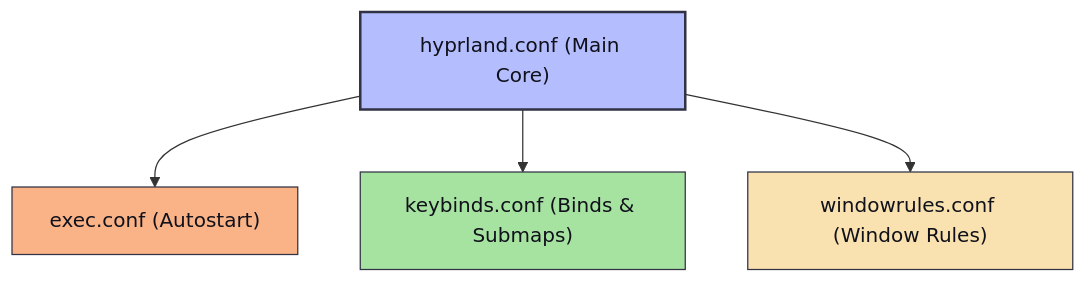
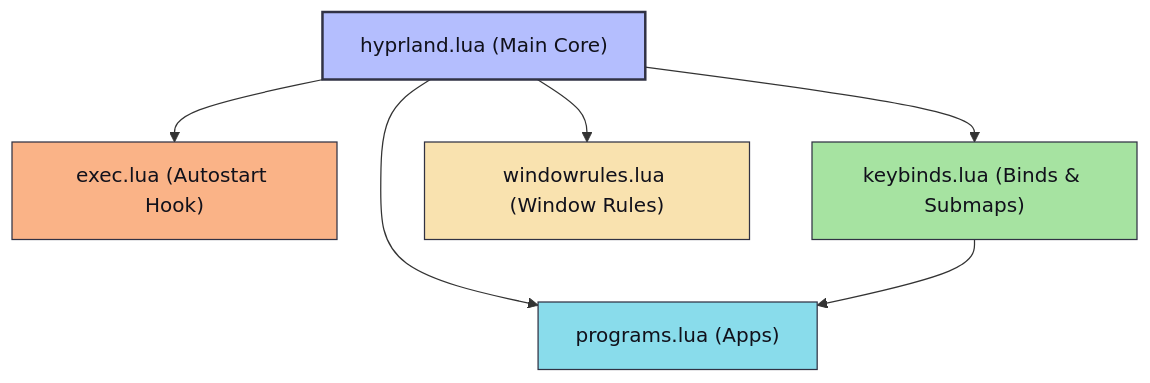
Before and after one commit to vinayak-jaybhaye/hypr-dots: the diagram in docs/architecture.md, drawn with Mermaid. The commit also changed other lines of this file and 25 other files, not shown here.

Commit message:
feat: migrate Hyprland to native Lua API and update Waybar workspace protocol

````diff
--- a/docs/architecture.md
+++ b/docs/architecture.md
@@ -14,11 +14,14 @@
 ```mermaid
 graph TD
-    A["hyprland.conf (Main Core)"] --> B["exec.conf (Autostart)"]
-    A --> C["keybinds.conf (Binds & Submaps)"]
-    A --> D["windowrules.conf (Window Rules)"]
+    A["hyprland.lua (Main Core)"] --> P["programs.lua (Apps)"]
+    A --> B["exec.lua (Autostart Hook)"]
+    A --> C["keybinds.lua (Binds & Submaps)"]
+    A --> D["windowrules.lua (Window Rules)"]
+    C --> P
     
     style A fill:#b4befe,stroke:#313244,stroke-width:2px,color:#11111b
+    style P fill:#89dceb,stroke:#313244,stroke-width:1px,color:#11111b
     style B fill:#fab387,stroke:#313244,stroke-width:1px,color:#11111b
     style C fill:#a6e3a1,stroke:#313244,stroke-width:1px,color:#11111b
     style D fill:#f9e2af,stroke:#313244,stroke-width:1px,color:#11111b
 ```
````
